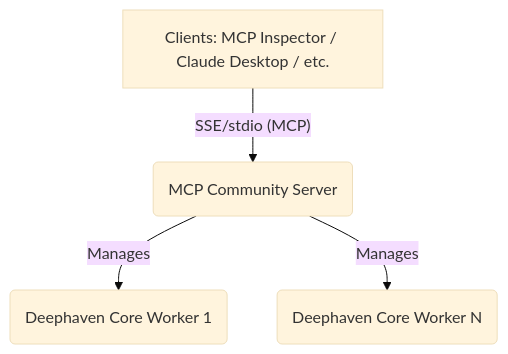
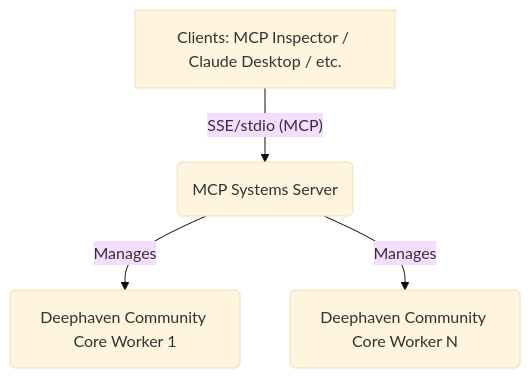
The first of 2 diagrams in docs/DEVELOPER_GUIDE.md (deephaven/deephaven-mcp), drawn with Mermaid (base theme) before and after one commit. The commit also changed other lines of this file and 13 other files, not shown here.

````diff
--- a/docs/DEVELOPER_GUIDE.md
+++ b/docs/DEVELOPER_GUIDE.md
@@ -117,6 +117,6 @@
 ```mermaid
 graph TD
-    A[Clients: MCP Inspector / Claude Desktop / etc.] -- SSE/stdio (MCP) --> B(MCP Community Server);
-    B -- Manages --> C(Deephaven Core Worker 1);
-    B -- Manages --> D(Deephaven Core Worker N);
+    A[Clients: MCP Inspector / Claude Desktop / etc.] -- SSE/stdio (MCP) --> B(MCP Systems Server);
+    B -- Manages --> C(Deephaven Community Core Worker 1);
+    B -- Manages --> D(Deephaven Community Core Worker N);
 ```
````
